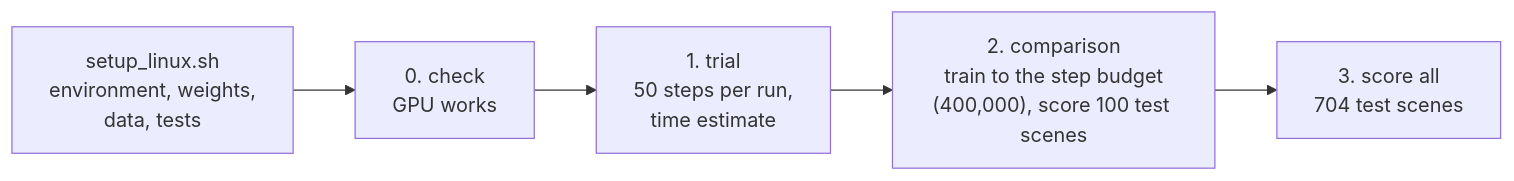
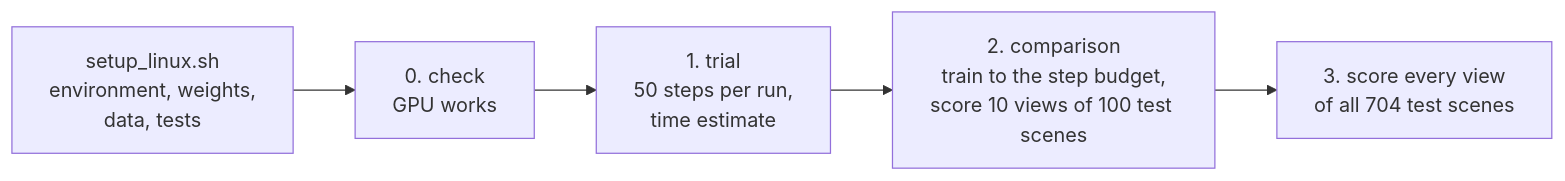
Before and after one commit to mp2591/3d-scene-reconstruction: the diagram in docs/running_on_a_gpu_server.md, drawn with Mermaid. The commit also changed other lines of this file and 10 other files, not shown here.

````diff
--- a/docs/running_on_a_gpu_server.md
+++ b/docs/running_on_a_gpu_server.md
@@ -14,7 +15,7 @@
 ```mermaid
 flowchart LR
     setup["setup_linux.sh<br/>environment, weights,<br/>data, tests"] --> check["0. check<br/>GPU works"]
     check --> trial["1. trial<br/>50 steps per run,<br/>time estimate"]
-    trial --> train["2. comparison<br/>train to the step budget<br/>(400,000), score 100 test scenes"]
-    train --> full["3. score all<br/>704 test scenes"]
+    trial --> train["2. comparison<br/>train to the step budget,<br/>score 10 views of 100 test scenes"]
+    train --> full["3. score every view<br/>of all 704 test scenes"]
 ```
````
